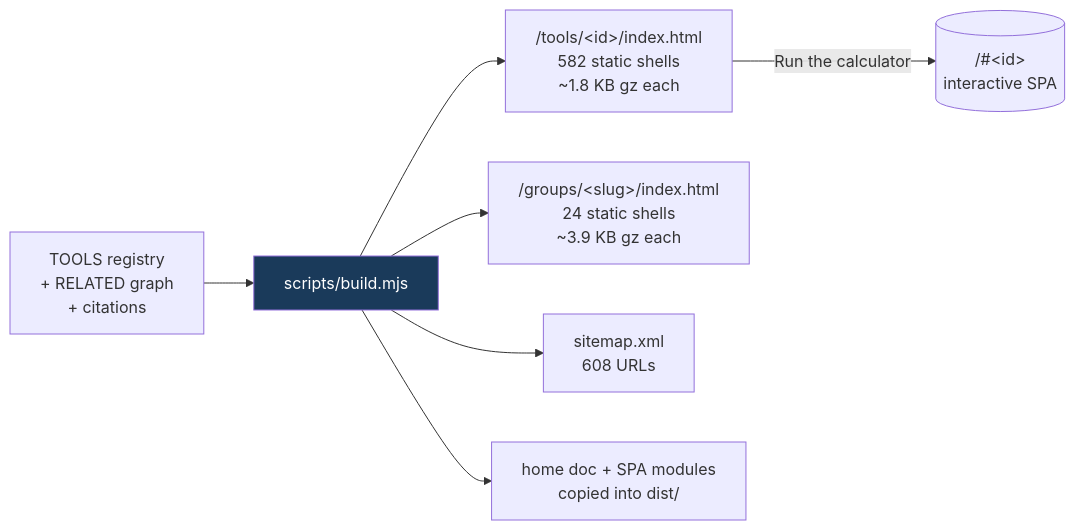
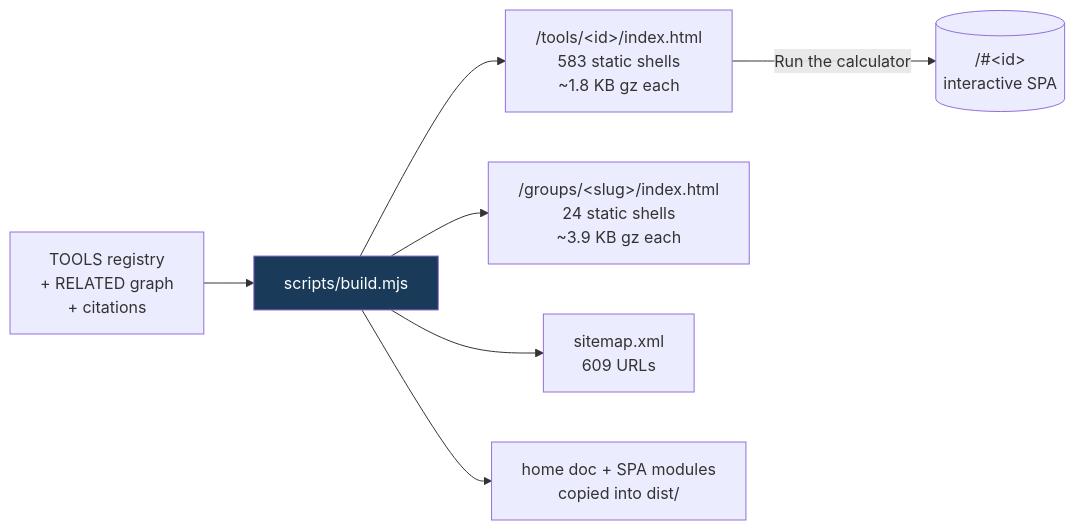
Before and after one commit to clay-good/roughlogic.com: the fourth of 7 diagrams in README.md, drawn with Mermaid. The commit also changed other lines of this file and 15 other files, not shown here.

````diff
--- a/README.md
+++ b/README.md
@@ -312,10 +312,10 @@
 ```mermaid
 flowchart LR
     SRC[TOOLS registry\n+ RELATED graph\n+ citations] --> BUILD[scripts/build.mjs]
-    BUILD --> TILE["/tools/&lt;id&gt;/index.html\n582 static shells\n~1.8 KB gz each"]
+    BUILD --> TILE["/tools/&lt;id&gt;/index.html\n583 static shells\n~1.8 KB gz each"]
     BUILD --> GROUP["/groups/&lt;slug&gt;/index.html\n24 static shells\n~3.9 KB gz each"]
-    BUILD --> MAP["sitemap.xml\n608 URLs"]
+    BUILD --> MAP["sitemap.xml\n609 URLs"]
     BUILD --> COPY[home doc + SPA modules\ncopied into dist/]
     TILE -->|Run the calculator| SPA[("/#&lt;id&gt;\ninteractive SPA")]
     style BUILD fill:#1a3a5a,color:#fff
 ```
````
